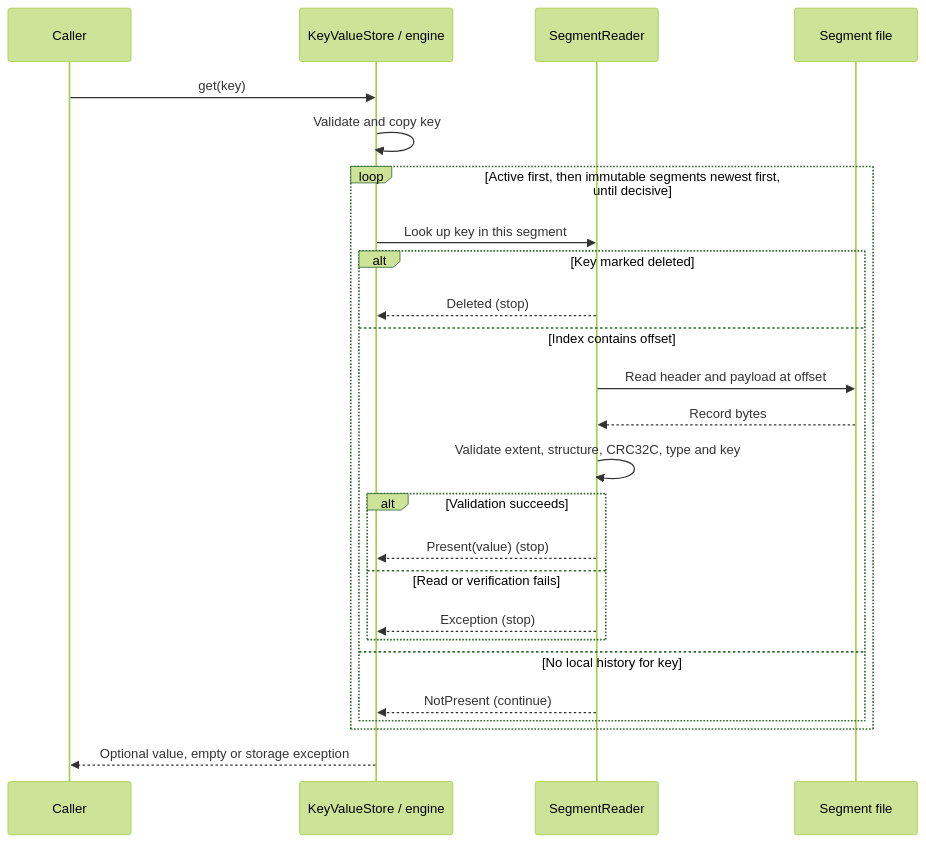
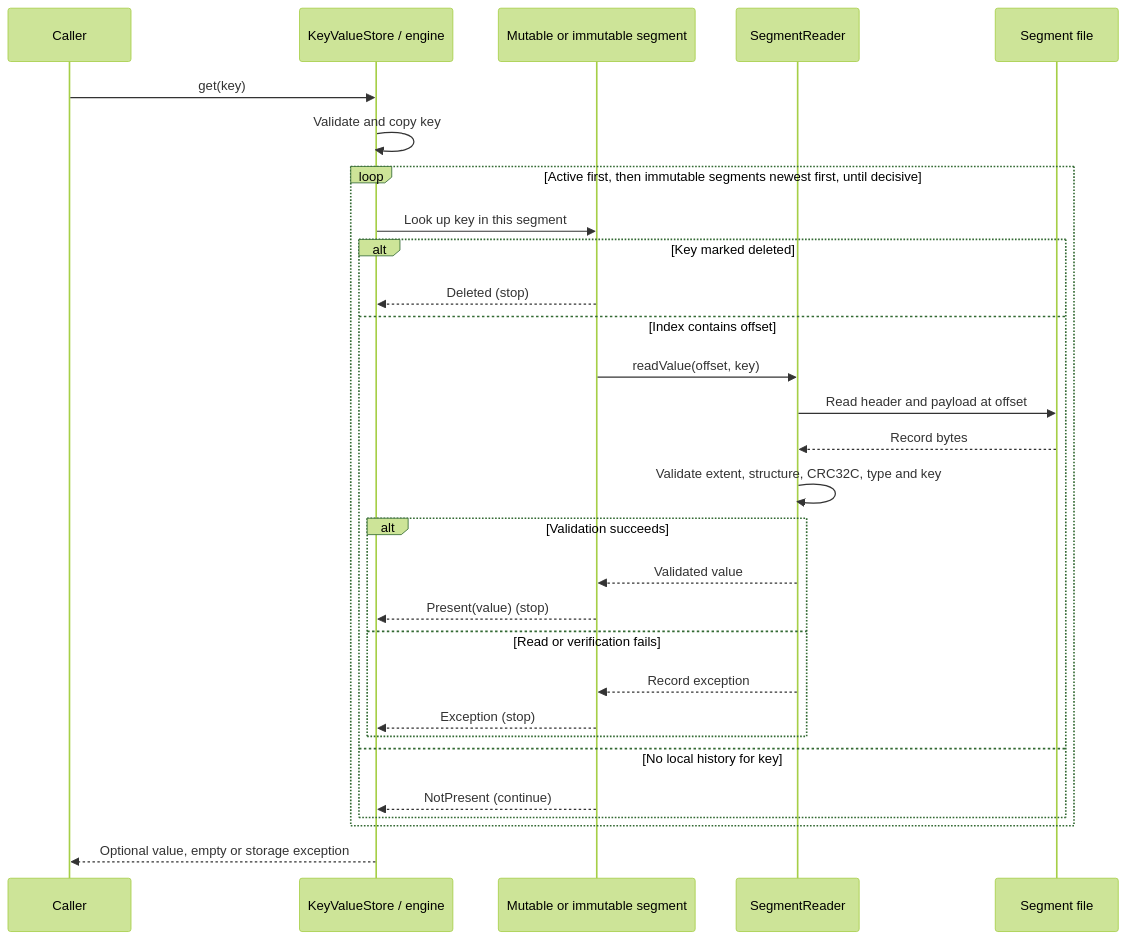
One commit to ryszardzmija/shaledb changed the third of 3 diagrams in docs/architecture.md. Above: the diagram before and after it, drawn with Mermaid (forest theme). The commit also changed other lines of this file and 25 other files, not shown here.

````diff
--- a/docs/architecture.md
+++ b/docs/architecture.md
@@ -78,27 +86,31 @@
 ```mermaid
 sequenceDiagram
     participant C as Caller
     participant E as KeyValueStore / engine
-    participant S as SegmentReader
+    participant S as Mutable or immutable segment
+    participant R as SegmentReader
     participant F as Segment file
     C->>E: get(key)
     E->>E: Validate and copy key
     loop Active first, then immutable segments newest first, until decisive
         E->>S: Look up key in this segment
         alt Key marked deleted
             S-->>E: Deleted (stop)
         else Index contains offset
-            S->>F: Read header and payload at offset
-            F-->>S: Record bytes
-            S->>S: Validate extent, structure, CRC32C, type and key
+            S->>R: readValue(offset, key)
+            R->>F: Read header and payload at offset
+            F-->>R: Record bytes
+            R->>R: Validate extent, structure, CRC32C, type and key
             alt Validation succeeds
+                R-->>S: Validated value
                 S-->>E: Present(value) (stop)
             else Read or verification fails
+                R-->>S: Record exception
                 S-->>E: Exception (stop)
             end
         else No local history for key
             S-->>E: NotPresent (continue)
         end
     end
     E-->>C: Optional value, empty or storage exception
 ```
````
